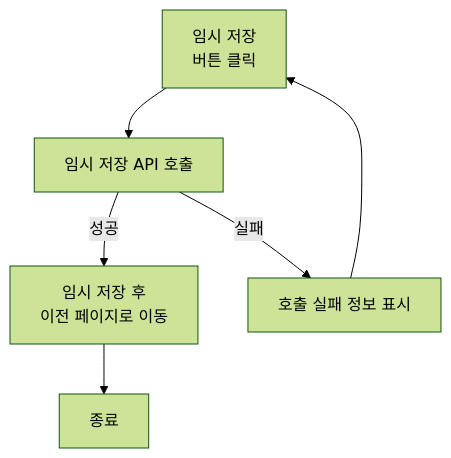
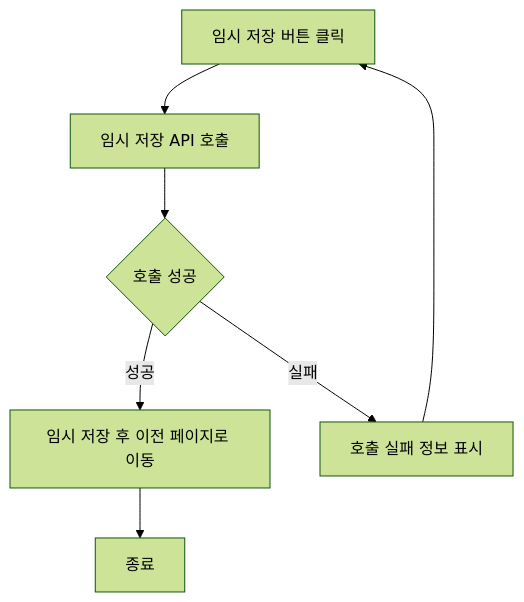
One commit to Dev-FE-2/3_swim_diary changed the third of 22 diagrams in design/기능정의서.md. Above: the diagram before and after it, drawn with Mermaid (forest theme). The commit also changed other lines of this file, not shown here.

Commit message:
다이어그램수정#2

````diff
--- a/design/기능정의서.md
+++ b/design/기능정의서.md
@@ -63,6 +63,7 @@
-```mermaid
-flowchart TD
-E[임시 저장\n버튼 클릭] --> E2[임시 저장 API 호출] 
-E2 -- 성공 --> E1[임시 저장 후\n이전 페이지로 이동] --> G[종료]
-E2 -- 실패 --> E3[호출 실패 정보 표시] --> E
-```
+    ```mermaid
+    flowchart TD
+    E[임시 저장 버튼 클릭] --> E2[임시 저장 API 호출]
+    E2 --> E4{호출 성공}
+    E4 -- 성공 --> E1[임시 저장 후 이전 페이지로 이동] --> G[종료]
+    E4 -- 실패 --> E3[호출 실패 정보 표시] --> E
+    ```
````
